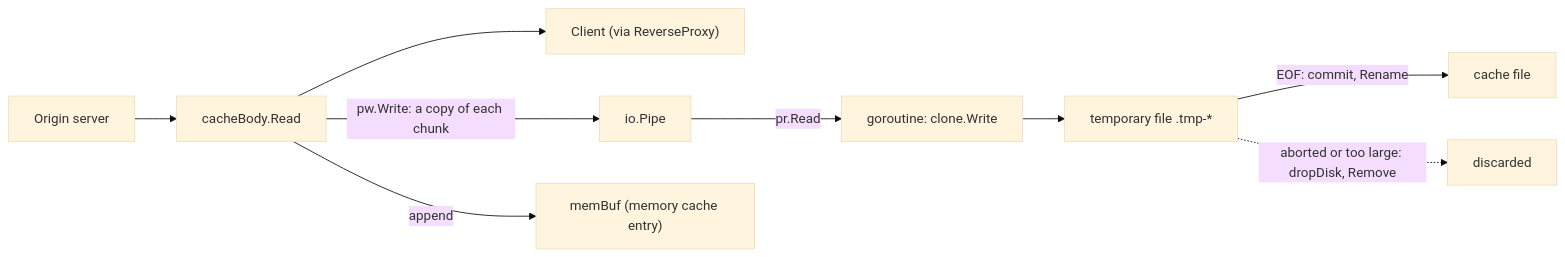
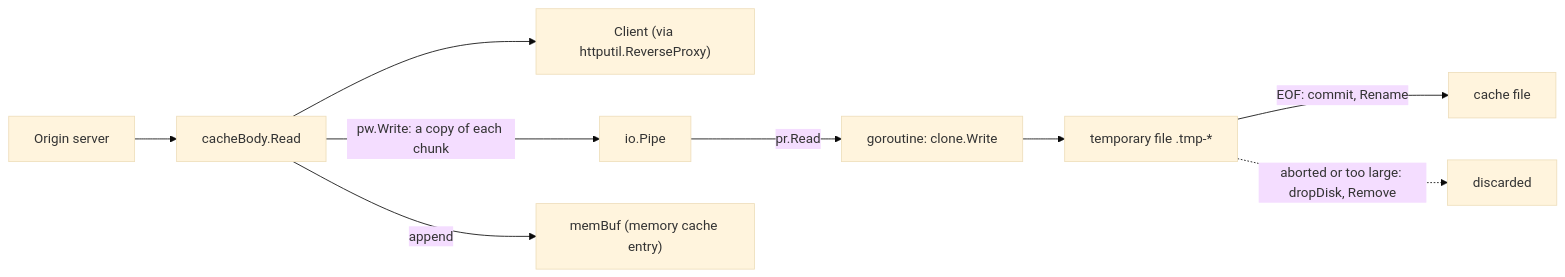
Before and after one commit to annupuri/go-polipo: the third of 3 diagrams in docs/ARCHITECTURE.md, drawn with Mermaid (base theme). The commit also changed other lines of this file and 1 other file, not shown here.

First line of the commit message:
Say that httputil.ReverseProxy is used as a forward proxy

````diff
--- a/docs/ARCHITECTURE.md
+++ b/docs/ARCHITECTURE.md
@@ -98,11 +104,11 @@
 ```mermaid
 graph LR
     U["Origin server"] --> CB["cacheBody.Read"]
-    CB --> C["Client (via ReverseProxy)"]
+    CB --> C["Client (via httputil.ReverseProxy)"]
     CB -->|"pw.Write: a copy of each chunk"| P["io.Pipe"]
     CB -->|"append"| M["memBuf (memory cache entry)"]
     P -->|"pr.Read"| G["goroutine: clone.Write"]
     G --> T["temporary file .tmp-*"]
     T -->|"EOF: commit, Rename"| F["cache file"]
     T -.->|"aborted or too large: dropDisk, Remove"| X["discarded"]
 ```
````
